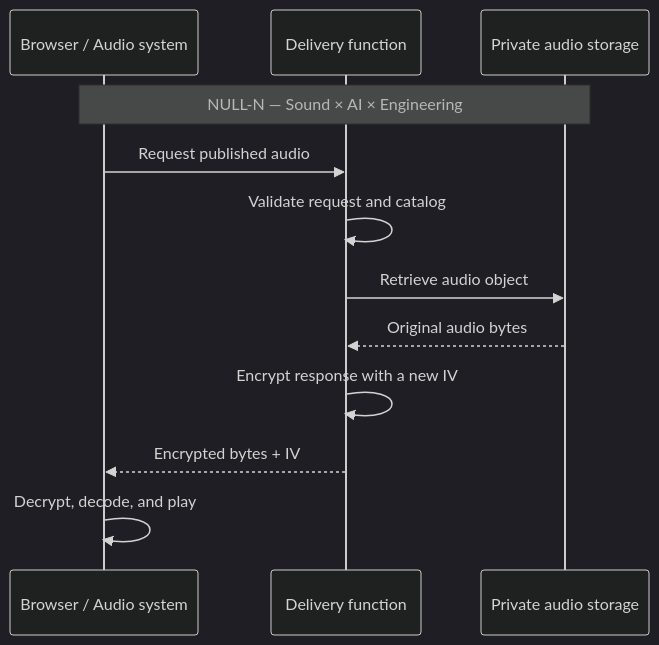
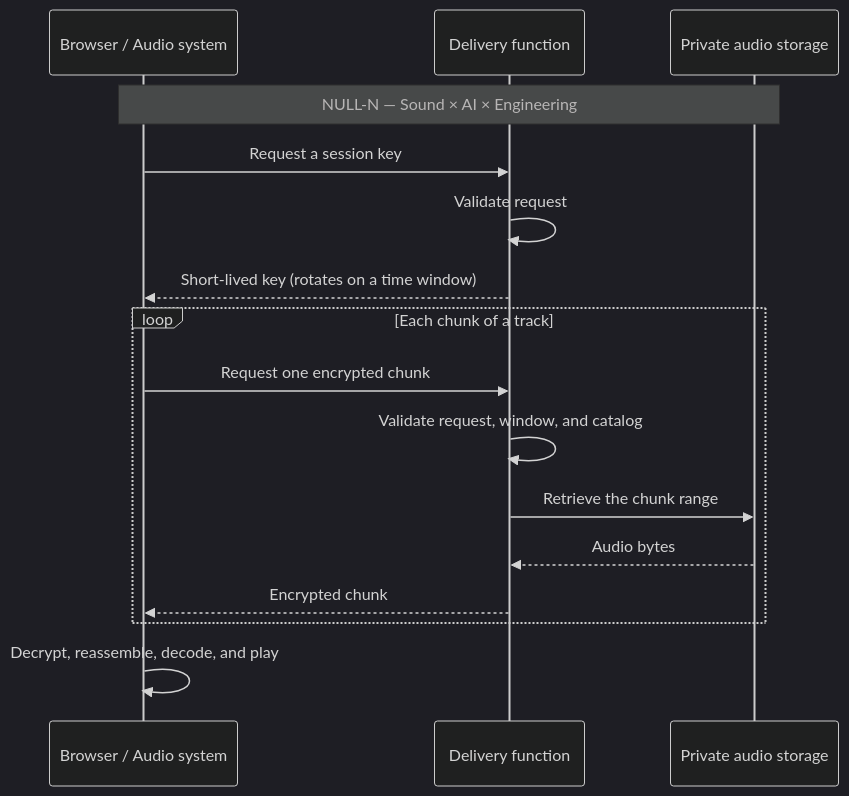
The second of 2 diagrams in README.md (NULL-N/null-n.com-case-study), drawn with Mermaid (dark theme) before and after one commit. The commit also changed other lines of this file and 1 other file, not shown here.

Commit message:
Advance the delivery boundary to the rotating-key design
The key is gone from everything that ships: the browser now receives a
short-lived key through a handshake, and audio arrives as separately
encrypted chunks. Same honest premise, faster-rotting tools.

````diff
--- a/README.md
+++ b/README.md
@@ -147,15 +161,19 @@
 ```mermaid
 sequenceDiagram
   participant Browser as Browser / Audio system
   participant Function as Delivery function
   participant R2 as Private audio storage
   Note over Browser,R2: NULL-N — Sound × AI × Engineering
 
-  Browser->>Function: Request published audio
-  Function->>Function: Validate request and catalog
-  Function->>R2: Retrieve audio object
-  R2-->>Function: Original audio bytes
-  Function->>Function: Encrypt response with a new IV
-  Function-->>Browser: Encrypted bytes + IV
-  Browser->>Browser: Decrypt, decode, and play
+  Browser->>Function: Request a session key
+  Function->>Function: Validate request
+  Function-->>Browser: Short-lived key (rotates on a time window)
+  loop Each chunk of a track
+    Browser->>Function: Request one encrypted chunk
+    Function->>Function: Validate request, window, and catalog
+    Function->>R2: Retrieve the chunk range
+    R2-->>Function: Audio bytes
+    Function-->>Browser: Encrypted chunk
+  end
+  Browser->>Browser: Decrypt, reassemble, decode, and play
 ```
````
